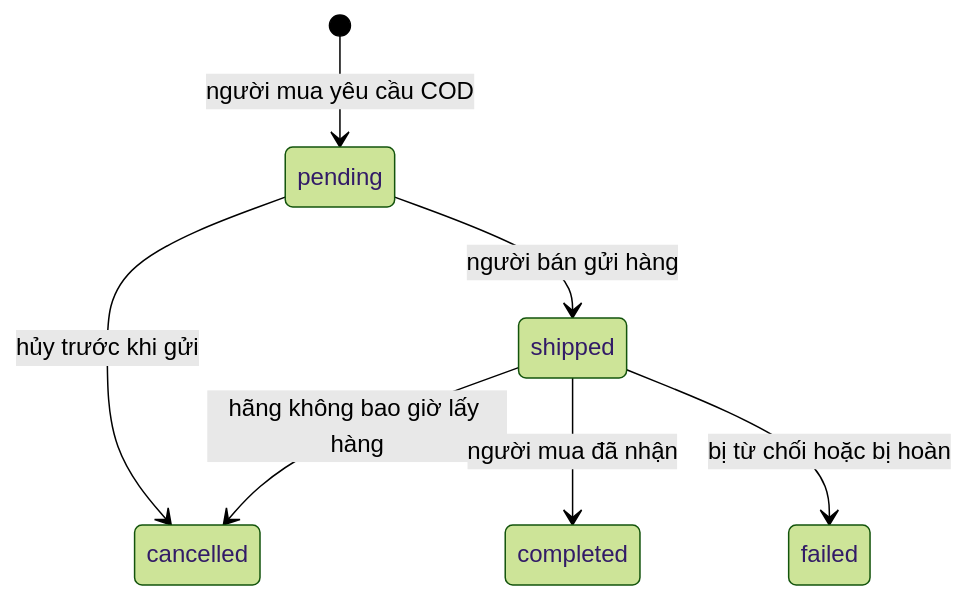
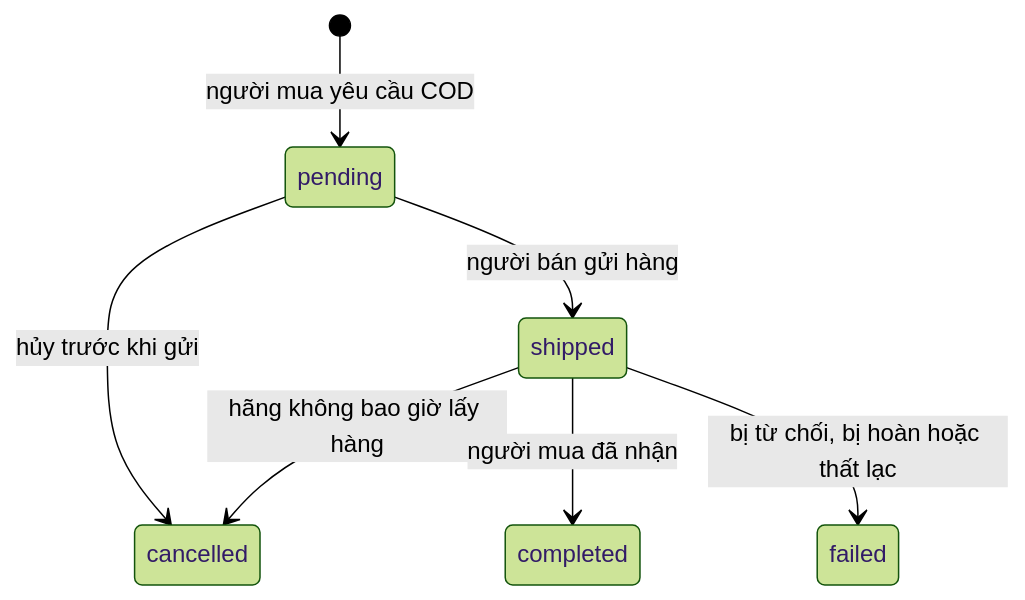
One commit to shopnexus/docs changed the diagram in web/src/content/docs/vi/marketplace/cod-deal.mdx. Above: the diagram before and after it, drawn with Mermaid (forest theme). The commit also changed other lines of this file and 42 other files, not shown here.

````diff
--- a/web/src/content/docs/vi/marketplace/cod-deal.mdx
+++ b/web/src/content/docs/vi/marketplace/cod-deal.mdx
@@ -42,9 +44,9 @@
 ```mermaid title="Trạng thái đơn"
 stateDiagram-v2
   [*] --> pending: người mua yêu cầu COD
   pending --> shipped: người bán gửi hàng
   pending --> cancelled: hủy trước khi gửi
   shipped --> cancelled: hãng không bao giờ lấy hàng
   shipped --> completed: người mua đã nhận
-  shipped --> failed: bị từ chối hoặc bị hoàn
+  shipped --> failed: bị từ chối, bị hoàn hoặc thất lạc
 ```
````
